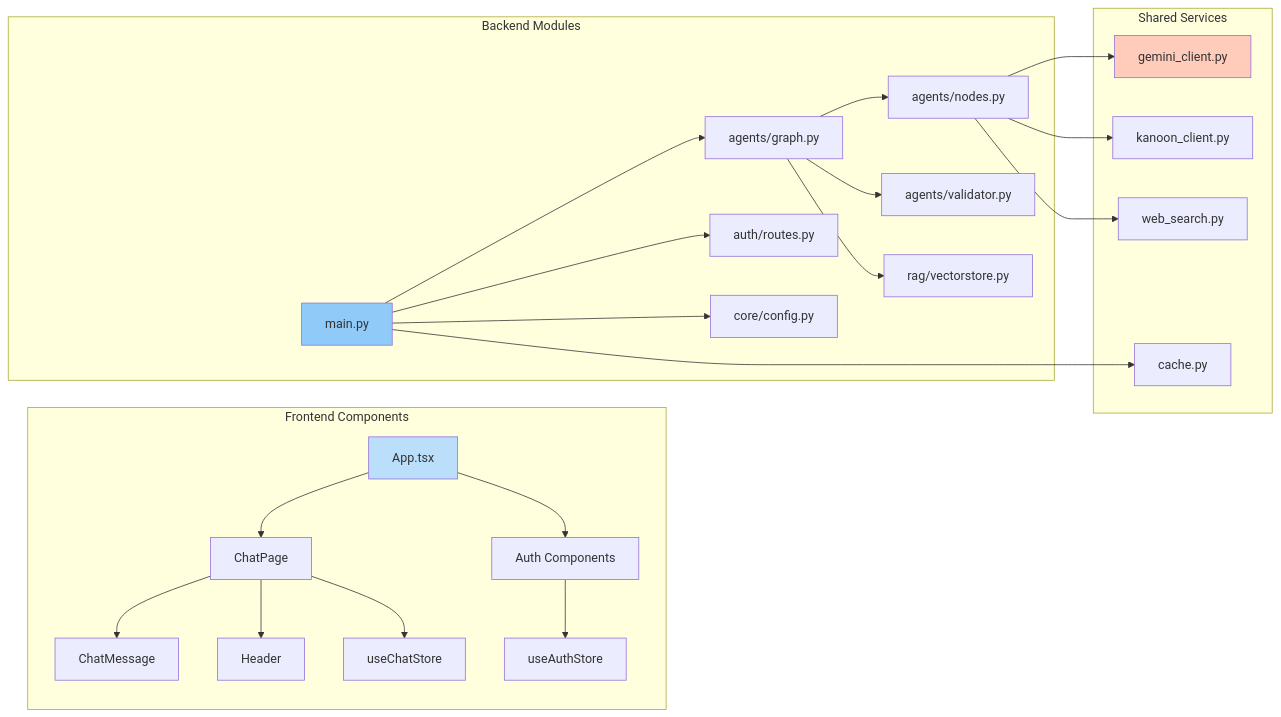
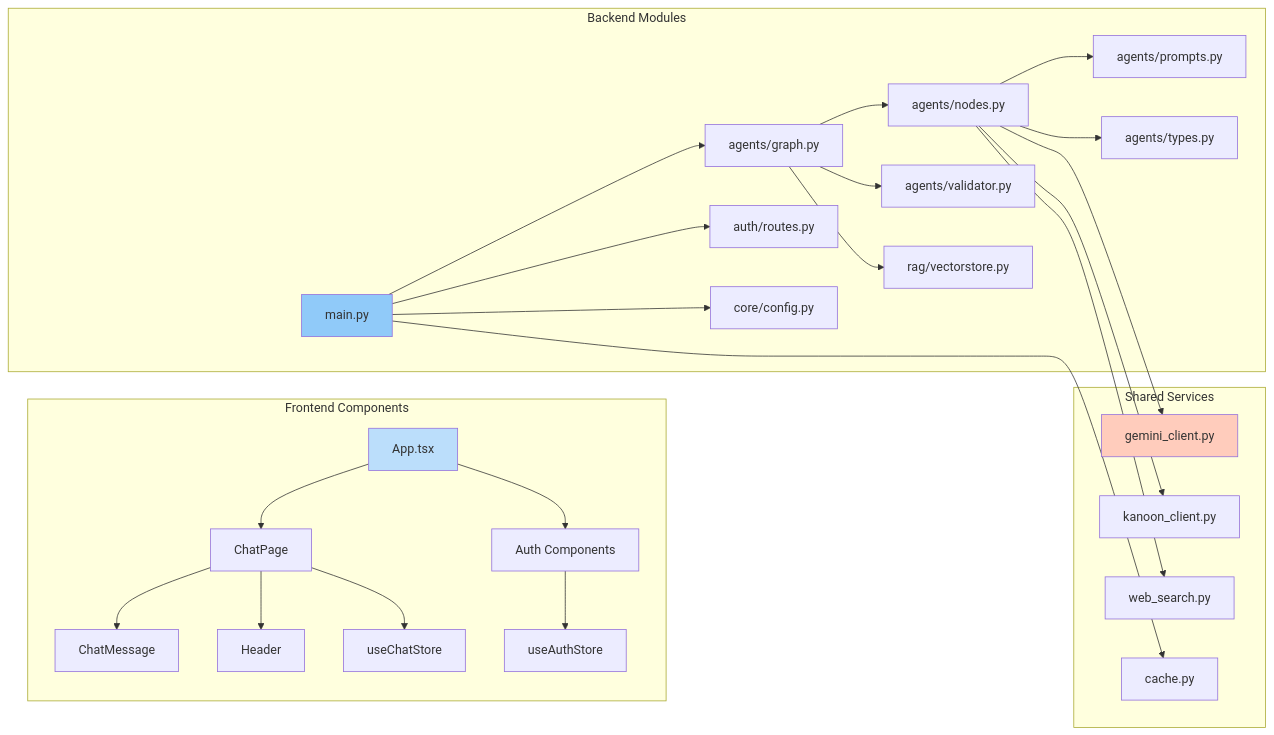
The fifth of 5 diagrams in README.md (vinay-arni20/NyayamGPT), drawn with Mermaid before and after one commit. The commit also changed other lines of this file and 77 other files, not shown here.

````diff
--- a/README.md
+++ b/README.md
@@ -370,52 +389,56 @@
 ```mermaid
 graph LR
     subgraph "Frontend Components"
         A[App.tsx]
         B[ChatPage]
         C[ChatMessage]
         D[Header]
         E[Auth Components]
         F[useAuthStore]
         G[useChatStore]
         
         A --> B
         A --> E
         B --> C
         B --> D
         B --> G
         E --> F
     end
     
     subgraph "Backend Modules"
         H[main.py]
         I[agents/graph.py]
         J[agents/nodes.py]
         K[agents/validator.py]
         L[rag/vectorstore.py]
         M[auth/routes.py]
         N[core/config.py]
+        P1[agents/prompts.py]
+        P2[agents/types.py]
         
         H --> I
         H --> M
         H --> N
         I --> J
         I --> K
         I --> L
+        J --> P1
+        J --> P2
     end
     
     subgraph "Shared Services"
         O[gemini_client.py]
         P[kanoon_client.py]
         Q[web_search.py]
         R[cache.py]
         
         J --> O
         J --> P
         J --> Q
         H --> R
     end
     
     style A fill:#bbdefb
     style H fill:#90caf9
     style O fill:#ffccbc
 ```
````
